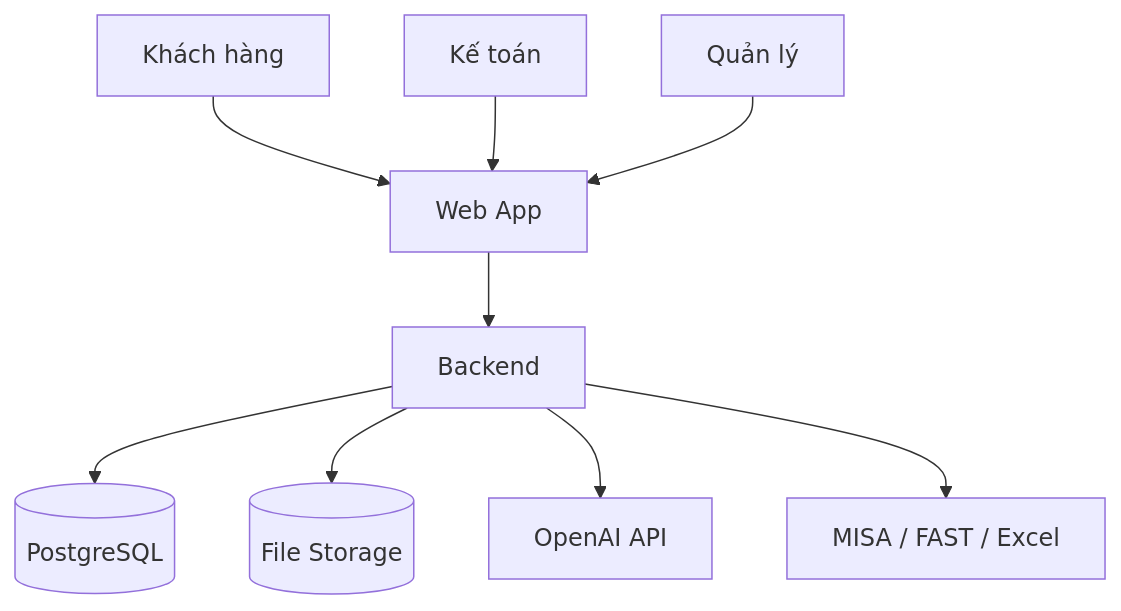
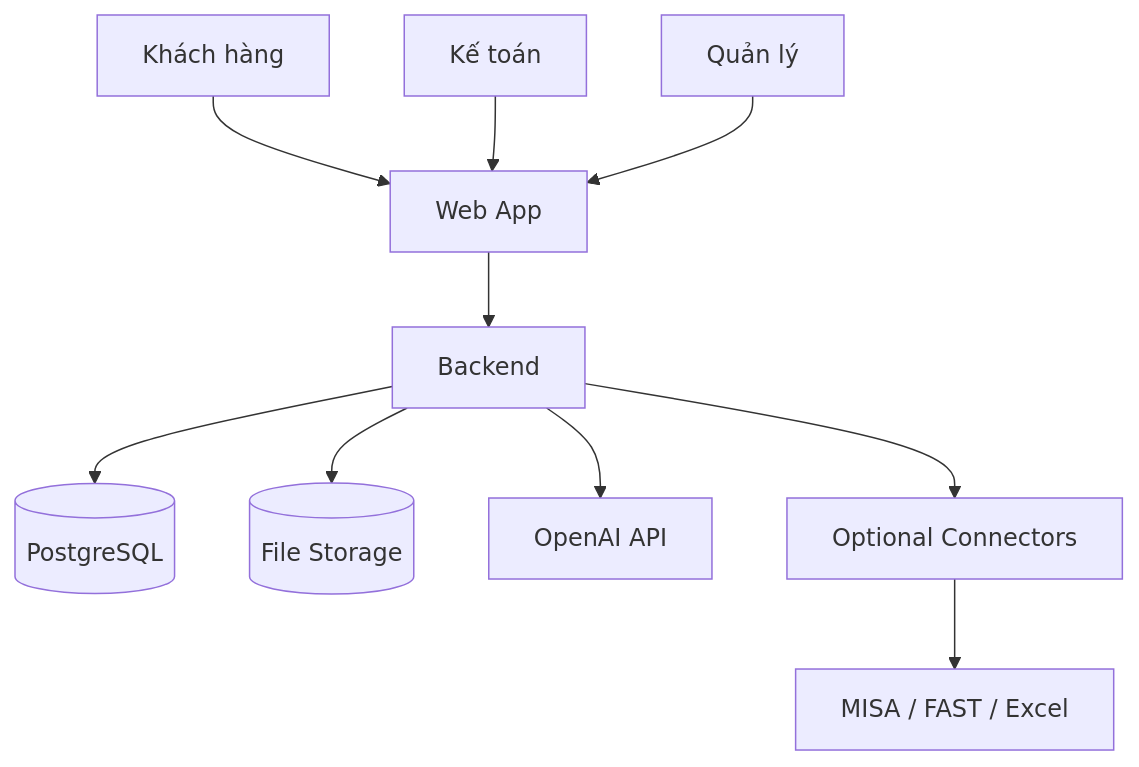
One commit to huynv81/tomtax changed the ninth of 13 diagrams in tdd.md. Above: the diagram before and after it, drawn with Mermaid. The commit also changed other lines of this file, not shown here.

````diff
--- a/tdd.md
+++ b/tdd.md
@@ -797,17 +799,18 @@
 ```mermaid
 flowchart TB
     CLIENT[Khách hàng]
     ACCOUNTANT[Kế toán]
     MANAGER[Quản lý]
 
     CLIENT --> WEB[Web App]
     ACCOUNTANT --> WEB
     MANAGER --> WEB
 
     WEB --> API[Backend]
 
     API --> DB[(PostgreSQL)]
     API --> FILE[(File Storage)]
     API --> AI[OpenAI API]
-    API --> EXT[MISA / FAST / Excel]
+    API --> CONNECTOR[Optional Connectors]
+    CONNECTOR --> EXT[MISA / FAST / Excel]
 ```
````
